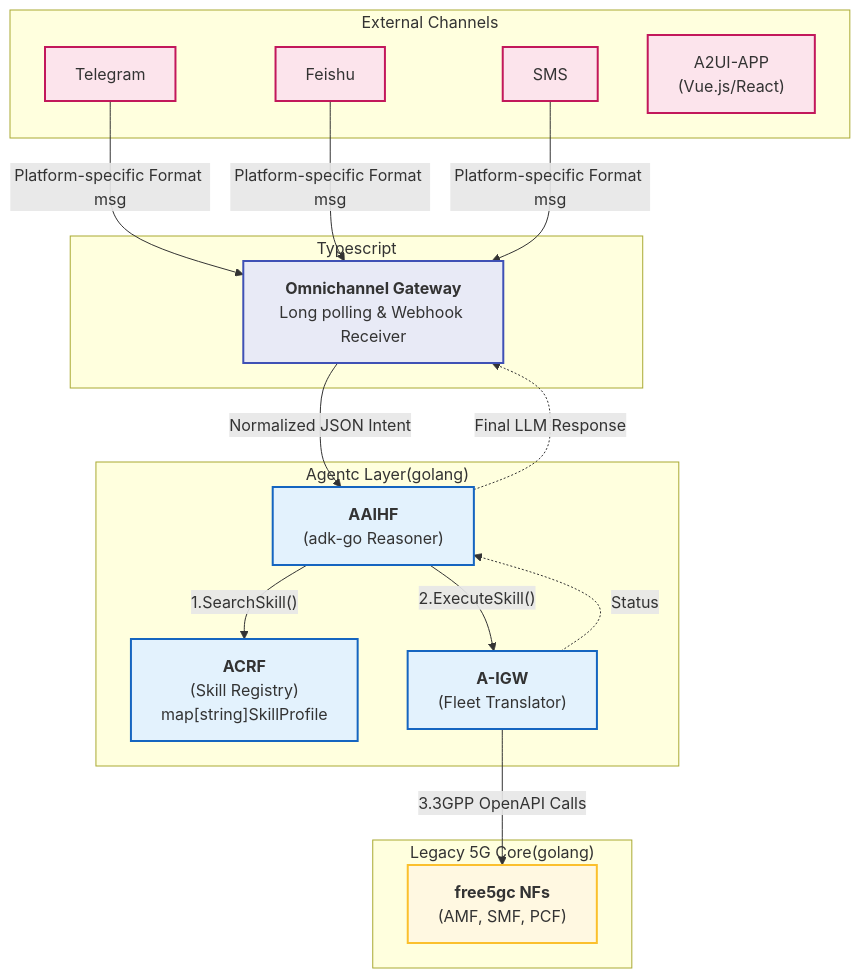
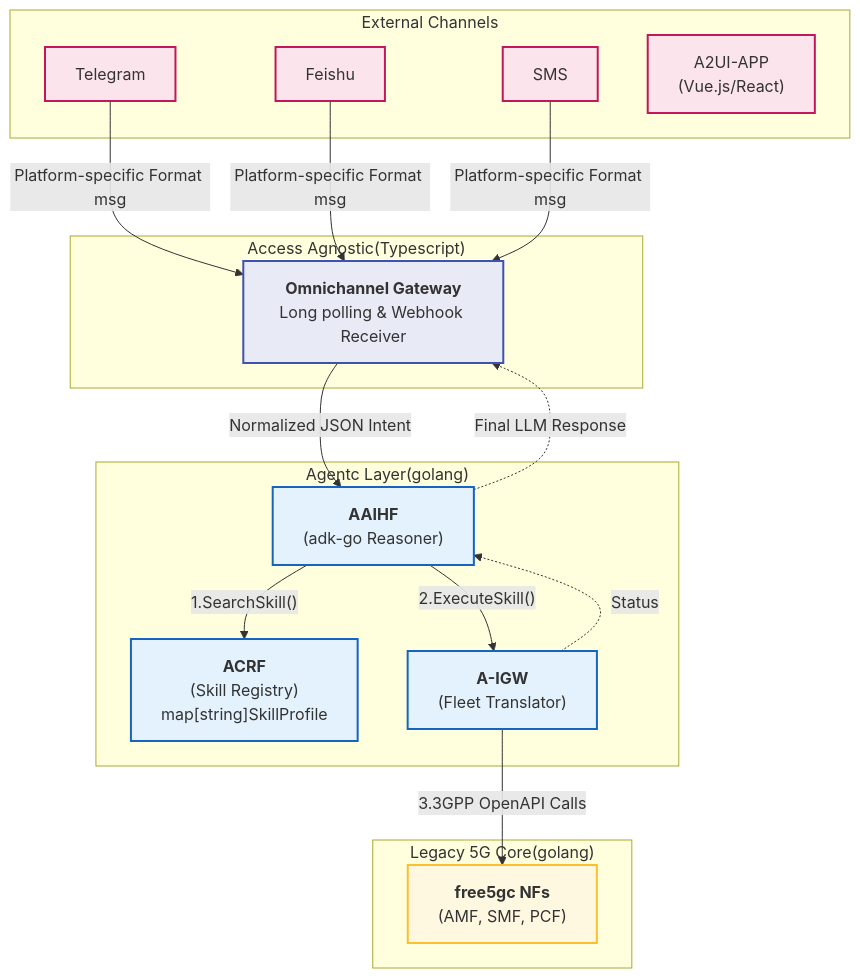
One commit to acore2026/docs changed the first of 3 diagrams in 架构样机/phase-1.mdx. Above: the diagram before and after it, drawn with Mermaid. The commit also changed other lines of this file, not shown here.

````diff
--- a/架构样机/phase-1.mdx
+++ b/架构样机/phase-1.mdx
@@ -8,45 +8,45 @@
 ```mermaid placement="bottom-right"
 graph TD
     %% Styling
     classDef external fill:#fce4ec,stroke:#c2185b,stroke-width:2px;
     classDef a2ui fill:#e8eaf6,stroke:#3f51b5,stroke-width:2px;
     classDef ai fill:#e3f2fd,stroke:#1565c0,stroke-width:2px;
     classDef core fill:#fff8e1,stroke:#fbc02d,stroke-width:2px;
 
     %% External Apps
     subgraph "External Channels"
         TG["Telegram"]:::external
         FS["Feishu"]:::external
         SMS:::external
         A2UI["A2UI-APP<br/>(Vue.js/React)"]:::external
     end
 
     %% A2UI Layer
-    subgraph "Typescript"
+    subgraph "Access Agnostic(Typescript)"
         OmniGW["<b>Omnichannel Gateway</b><br/>Long polling & Webhook Receiver"]:::a2ui
     end
 
     %% Agentic Core
     subgraph "Agentc Layer(golang)"
         AAIHF["<b>AAIHF</b><br/>(adk-go Reasoner)"]:::ai
         ACRF["<b>ACRF</b><br/>(Skill Registry)<br/>map[string]SkillProfile"]:::ai
         IGW["<b>A-IGW</b><br/>(Fleet Translator)"]:::ai
     end
 
     %% Legacy Core
     subgraph "Legacy 5G Core(golang)"
         F5GC["<b>free5gc NFs</b><br/>(AMF, SMF, PCF)"]:::core
     end
 
     %% Connections
     TG & FS & SMS -- "Platform-specific Format msg" --> OmniGW
     OmniGW -- "Normalized JSON Intent" --> AAIHF
     AAIHF -- "1.SearchSkill()" --> ACRF
     AAIHF -- "2.ExecuteSkill()" --> IGW
     IGW -- "3.3GPP OpenAPI Calls" --> F5GC
     
     %% Return Path
     IGW -. "Status" .-> AAIHF
     AAIHF -. "Final LLM Response" .-> OmniGW
     
 ```
````
